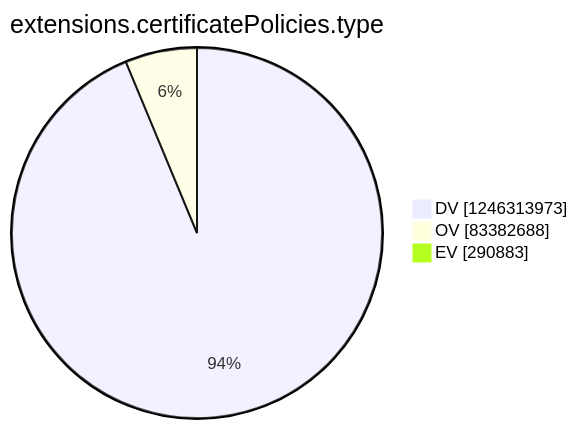
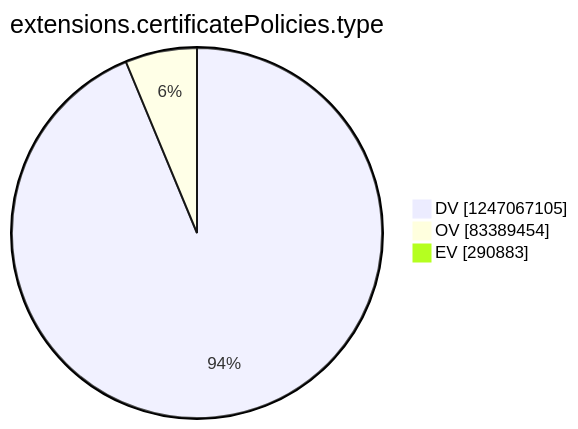
One commit to christiankrug/ctmonitor_visualization changed the tenth of 15 diagrams in argon2022/README.md. Above: the diagram before and after it, drawn with Mermaid. The commit also changed other lines of this file, not shown here.

````diff
--- a/argon2022/README.md
+++ b/argon2022/README.md
@@ -2771,7 +2771,7 @@
 ```mermaid
 pie showData
 title extensions.certificatePolicies.type
-"DV" :1246313973
-"OV" :83382688
+"DV" :1247067105
+"OV" :83389454
 "EV" :290883
 ```
````
